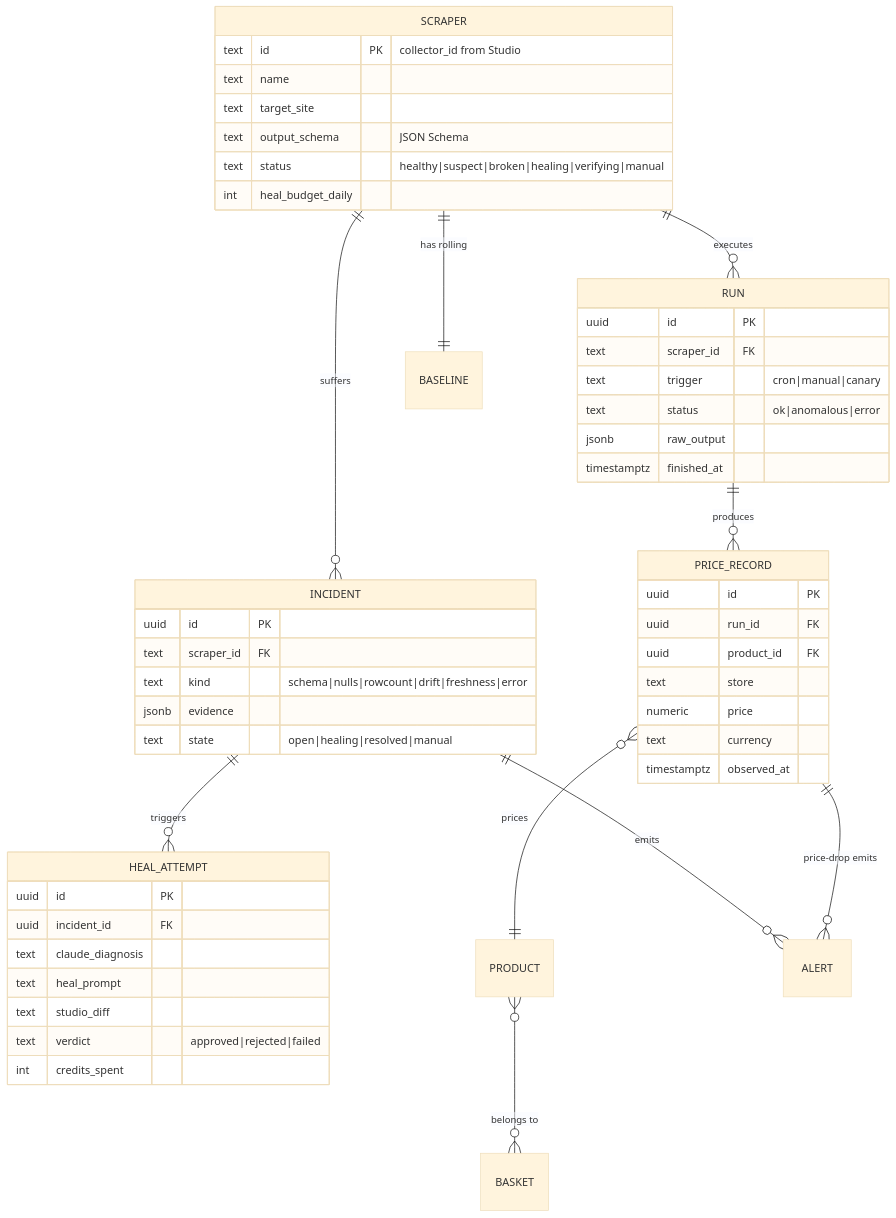
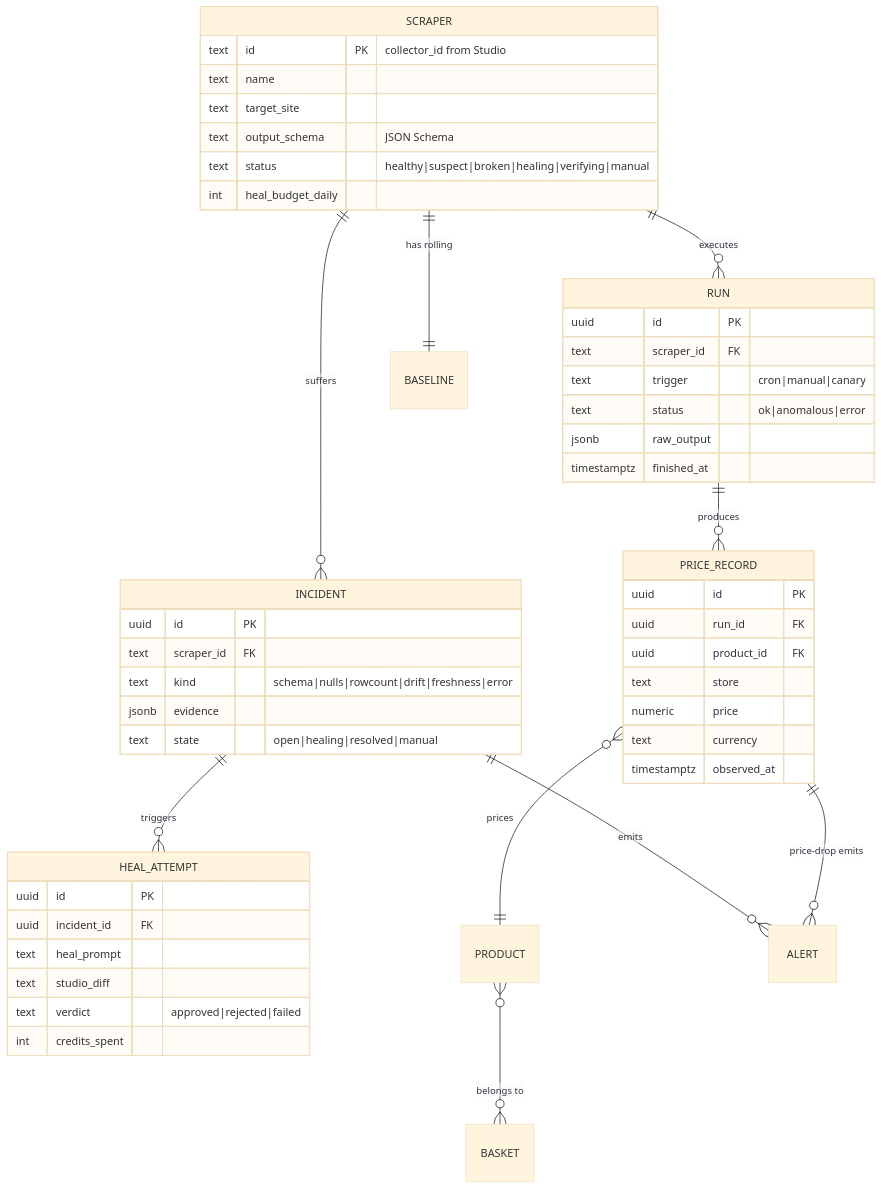
The fourth of 5 diagrams in docs/architecture.md (spencerjireh/basketwatch), drawn with Mermaid (base theme) before and after one commit. The commit also changed other lines of this file and 26 other files, not shown here.

````diff
--- a/docs/architecture.md
+++ b/docs/architecture.md
@@ -219,54 +222,53 @@
 ```mermaid
 erDiagram
     SCRAPER ||--o{ RUN : "executes"
     SCRAPER ||--o{ INCIDENT : "suffers"
     SCRAPER ||--|| BASELINE : "has rolling"
     RUN ||--o{ PRICE_RECORD : "produces"
     INCIDENT ||--o{ HEAL_ATTEMPT : "triggers"
     PRICE_RECORD }o--|| PRODUCT : "prices"
     PRODUCT }o--o{ BASKET : "belongs to"
     INCIDENT ||--o{ ALERT : "emits"
     PRICE_RECORD ||--o{ ALERT : "price-drop emits"
 
     SCRAPER {
         text id PK "collector_id from Studio"
         text name
         text target_site
         text output_schema "JSON Schema"
         text status "healthy|suspect|broken|healing|verifying|manual"
         int heal_budget_daily
     }
     RUN {
         uuid id PK
         text scraper_id FK
         text trigger "cron|manual|canary"
         text status "ok|anomalous|error"
         jsonb raw_output
         timestamptz finished_at
     }
     INCIDENT {
         uuid id PK
         text scraper_id FK
         text kind "schema|nulls|rowcount|drift|freshness|error"
         jsonb evidence
         text state "open|healing|resolved|manual"
     }
     HEAL_ATTEMPT {
         uuid id PK
         uuid incident_id FK
-        text claude_diagnosis
         text heal_prompt
         text studio_diff
         text verdict "approved|rejected|failed"
         int credits_spent
     }
     PRICE_RECORD {
         uuid id PK
         uuid run_id FK
         uuid product_id FK
         text store
         numeric price
         text currency
         timestamptz observed_at
     }
 ```
````
